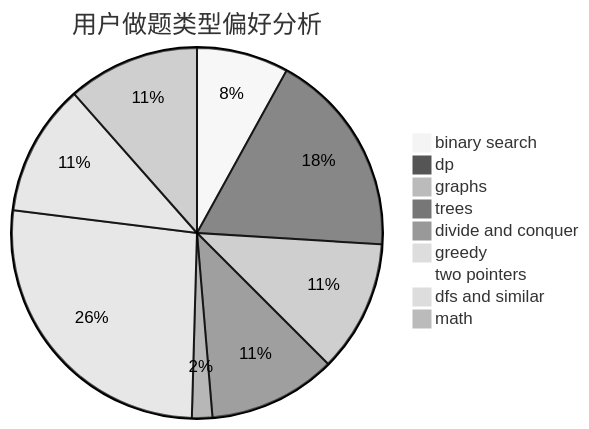
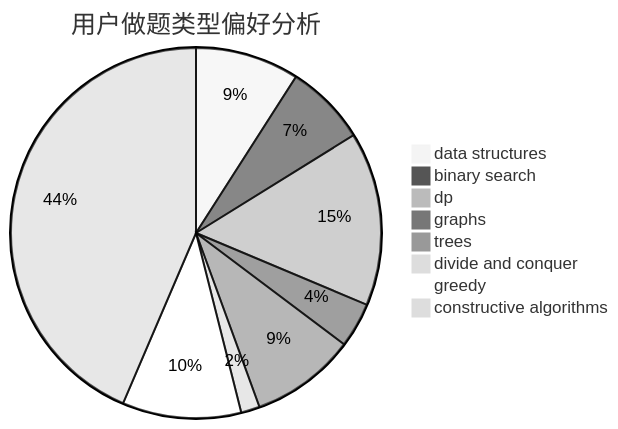
The second of 3 diagrams in docs/user/u342.md (sherpahu/cfrs.github.io), drawn with Mermaid (neutral theme) before and after one commit. The commit also changed other lines of this file and 2775 other files, not shown here.

````diff
--- a/docs/user/u342.md
+++ b/docs/user/u342.md
@@ -23,12 +23,11 @@
 ```mermaid
 pie title 用户做题类型偏好分析
-    "binary search" :  117
-    "dp" :  262
-    "graphs" :  168
-    "trees" :  163
-    "divide and conquer" :  26
-    "greedy" :  387
-    "two pointers" :  13
-    "dfs and similar" :  168
-    "math" :  168
+    "data structures" :  83
+    "binary search" :  65
+    "dp" :  139
+    "graphs" :  36
+    "trees" :  84
+    "divide and conquer" :  15
+    "greedy" :  95
+    "constructive algorithms" :  399
 ```
````
